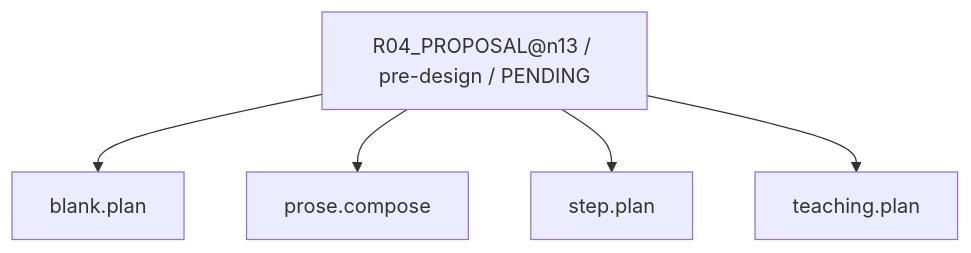
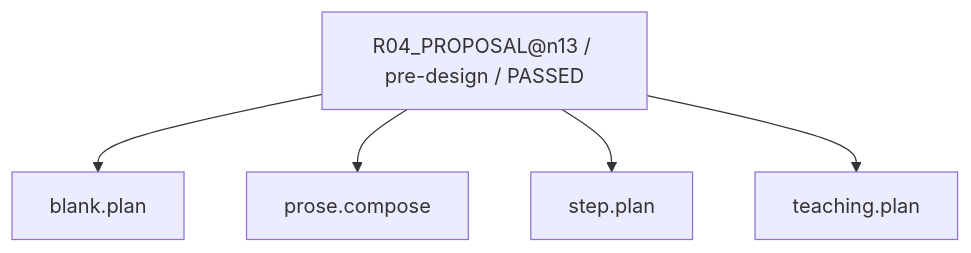
Before and after one commit to rrikunagasige-dot/kyotsu-step-web: the fourth of 28 diagrams in work/items/W-MATH-048-n1314-source-audit/generated/CAPABILITY_FIRE_DIAGRAM.md, drawn with Mermaid. The commit also changed other lines of this file and 471 other files, not shown here.

````diff
--- a/work/items/W-MATH-048-n1314-source-audit/generated/CAPABILITY_FIRE_DIAGRAM.md
+++ b/work/items/W-MATH-048-n1314-source-audit/generated/CAPABILITY_FIRE_DIAGRAM.md
@@ -56,12 +56,12 @@
 ```mermaid
 flowchart TD
-  N0["R04_PROPOSAL@n13 / pre-design / PENDING"]
+  N0["R04_PROPOSAL@n13 / pre-design / PASSED"]
   N1["teaching.plan"]
   N2["step.plan"]
   N3["blank.plan"]
   N4["prose.compose"]
   N0 --> N3
   N0 --> N4
   N0 --> N2
   N0 --> N1
 ```
````
